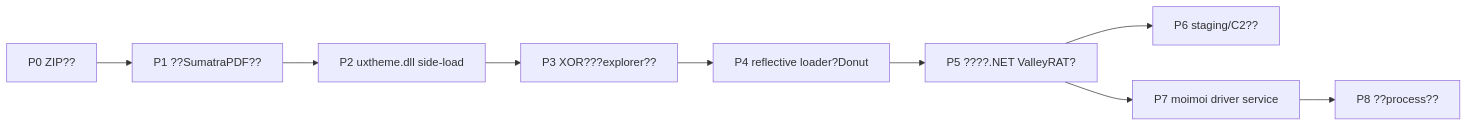
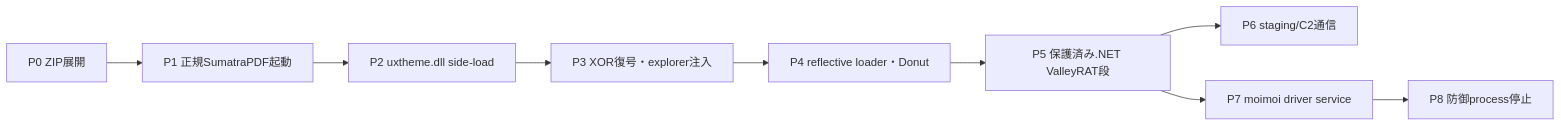
The first of 3 diagrams in analysis-results/malware/valleyrat/versions/unknown/cases/307594e042248ad7cc9627e8de385851bd92df452216b1b829077d3a93ac815b/OVERALL-LOGIC.md (proshiba/AI-security-analysis), drawn with Mermaid before and after one commit. The commit also changed other lines of this file and 1747 other files, not shown here.

````diff
--- a/analysis-results/malware/valleyrat/versions/unknown/cases/307594e042248ad7cc9627e8de385851bd92df452216b1b829077d3a93ac815b/OVERALL-LOGIC.md
+++ b/analysis-results/malware/valleyrat/versions/unknown/cases/307594e042248ad7cc9627e8de385851bd92df452216b1b829077d3a93ac815b/OVERALL-LOGIC.md
@@ -7,11 +7,11 @@
 ```mermaid
 flowchart LR
-  P0["P0 ZIP??"] --> P1["P1 ??SumatraPDF??"]
+  P0["P0 ZIP展開"] --> P1["P1 正規SumatraPDF起動"]
   P1 --> P2["P2 uxtheme.dll side-load"]
-  P2 --> P3["P3 XOR???explorer??"]
-  P3 --> P4["P4 reflective loader?Donut"]
-  P4 --> P5["P5 ????.NET ValleyRAT?"]
-  P5 --> P6["P6 staging/C2??"]
+  P2 --> P3["P3 XOR復号・explorer注入"]
+  P3 --> P4["P4 reflective loader・Donut"]
+  P4 --> P5["P5 保護済み.NET ValleyRAT段"]
+  P5 --> P6["P6 staging/C2通信"]
   P5 --> P7["P7 moimoi driver service"]
-  P7 --> P8["P8 ??process??"]
+  P7 --> P8["P8 防御process停止"]
 ```
````
